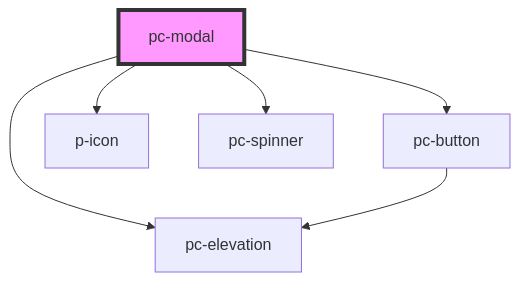
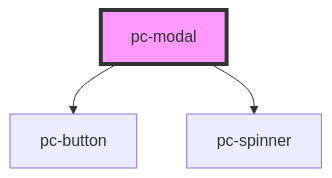
One commit to redvars/peacock changed the diagram in src/components/modal/modal/readme.md. Above: the diagram before and after it, drawn with Mermaid. The commit also changed other lines of this file and 135 other files, not shown here.

````diff
--- a/src/components/modal/modal/readme.md
+++ b/src/components/modal/modal/readme.md
@@ -38,9 +36,6 @@
 ```mermaid
 graph TD;
-  pc-modal --> pc-elevation
   pc-modal --> pc-button
-  pc-modal --> p-icon
   pc-modal --> pc-spinner
-  pc-button --> pc-elevation
   style pc-modal fill:#f9f,stroke:#333,stroke-width:4px
 ```
````
